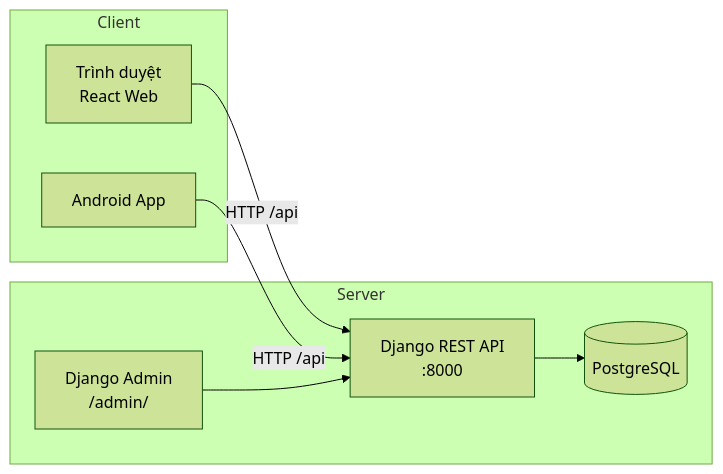
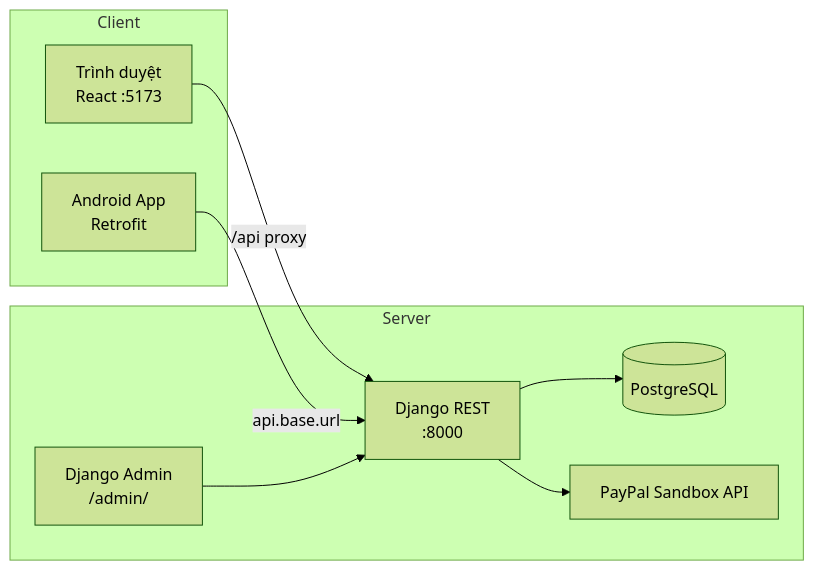
The first of 5 diagrams in docs/PHAN_TICH_THIET_KE.md (hdunq11/dant), drawn with Mermaid (forest theme) before and after one commit. The commit also changed other lines of this file and 11 other files, not shown here.

````diff
--- a/docs/PHAN_TICH_THIET_KE.md
+++ b/docs/PHAN_TICH_THIET_KE.md
@@ -57,16 +72,18 @@
 ```mermaid
 flowchart LR
     subgraph Client
-        WEB[Trình duyệt\nReact Web]
-        APP[Android App]
+        WEB[Trình duyệt\nReact :5173]
+        APP[Android App\nRetrofit]
     end
     subgraph Server
-        API[Django REST API\n:8000]
+        API[Django REST\n:8000]
         DB[(PostgreSQL)]
+        PAY[PayPal Sandbox API]
         ADMIN[Django Admin\n/admin/]
     end
-    WEB -->|HTTP /api| API
-    APP -->|HTTP /api| API
+    WEB -->|/api proxy| API
+    APP -->|api.base.url| API
     ADMIN --> API
     API --> DB
+    API --> PAY
 ```
````
